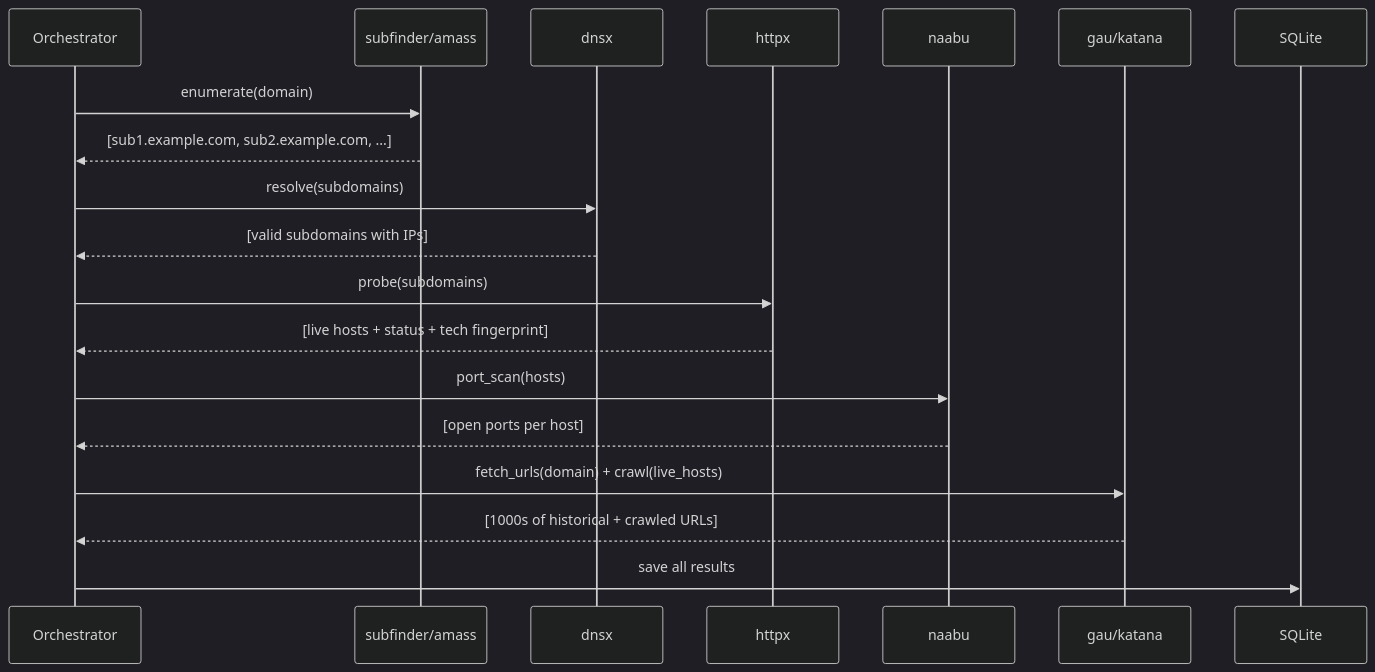
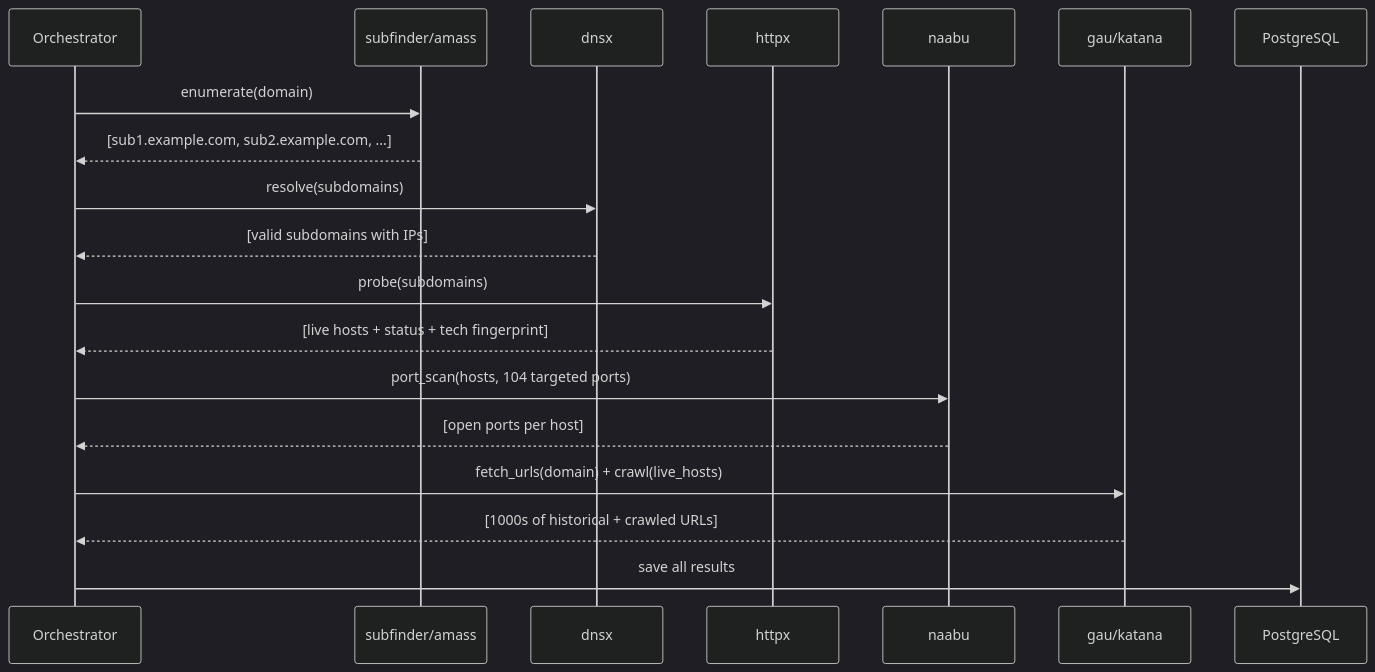
One commit to chegelawrence/liminal changed the second of 12 diagrams in README.md. Above: the diagram before and after it, drawn with Mermaid (dark theme). The commit also changed other lines of this file and 13 other files, not shown here.

````diff
--- a/README.md
+++ b/README.md
@@ -201,22 +203,22 @@
 ```mermaid
 sequenceDiagram
     participant O as Orchestrator
     participant SF as subfinder/amass
     participant DNS as dnsx
     participant HX as httpx
     participant NB as naabu
     participant GA as gau/katana
-    participant DB as SQLite
+    participant DB as PostgreSQL
 
     O->>SF: enumerate(domain)
     SF-->>O: [sub1.example.com, sub2.example.com, ...]
     O->>DNS: resolve(subdomains)
     DNS-->>O: [valid subdomains with IPs]
     O->>HX: probe(subdomains)
     HX-->>O: [live hosts + status + tech fingerprint]
-    O->>NB: port_scan(hosts)
+    O->>NB: port_scan(hosts, 104 targeted ports)
     NB-->>O: [open ports per host]
     O->>GA: fetch_urls(domain) + crawl(live_hosts)
     GA-->>O: [1000s of historical + crawled URLs]
     O->>DB: save all results
 ```
````
